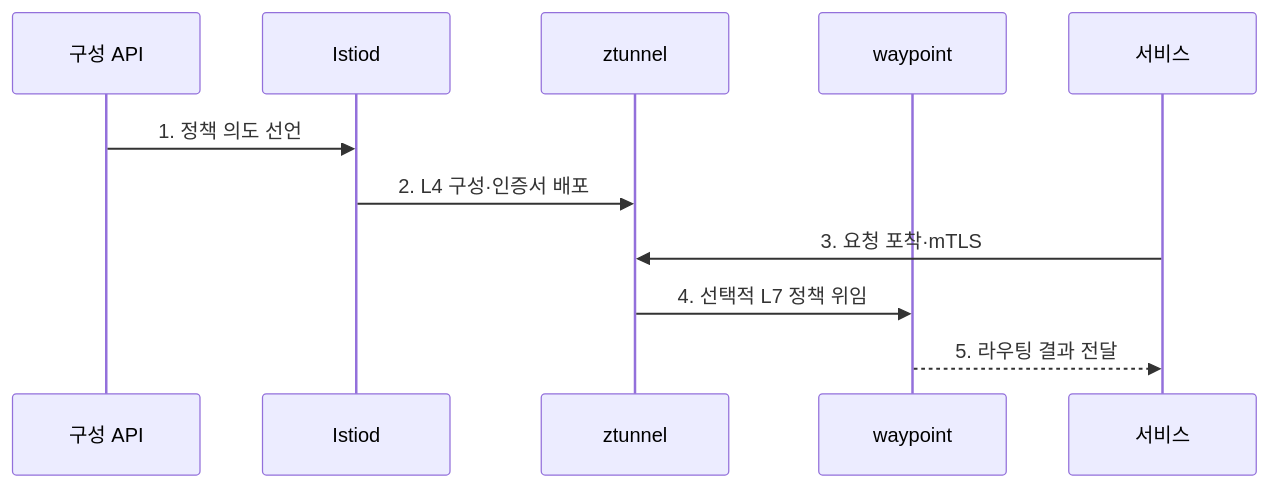
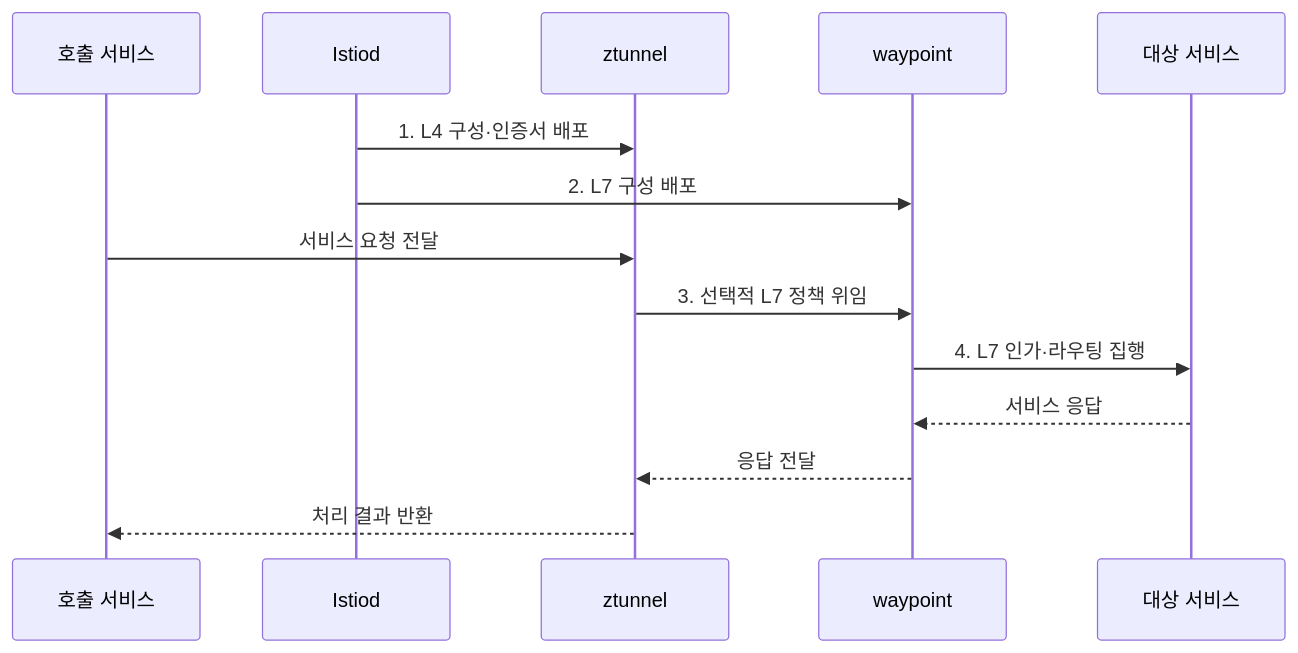
The second of 2 diagrams in src/content/docs/notes/08-latest-tech/163_istio.md (agnusdei1207/knowledge-base), drawn with Mermaid before and after one commit. The commit also changed other lines of this file and 225 other files, not shown here.

````diff
--- a/src/content/docs/notes/08-latest-tech/163_istio.md
+++ b/src/content/docs/notes/08-latest-tech/163_istio.md
@@ -76,13 +76,16 @@
 ```mermaid
 sequenceDiagram
-  participant A as 구성 API
+  participant C as 호출 서비스
   participant I as Istiod
   participant Z as ztunnel
   participant W as waypoint
-  participant S as 서비스
-  A->>I: 1. 정책 의도 선언
-  I->>Z: 2. L4 구성·인증서 배포
-  S->>Z: 3. 요청 포착·mTLS
-  Z->>W: 4. 선택적 L7 정책 위임
-  W-->>S: 5. 라우팅 결과 전달
+  participant T as 대상 서비스
+  I->>Z: 1. L4 구성·인증서 배포
+  I->>W: 2. L7 구성 배포
+  C->>Z: 서비스 요청 전달
+  Z->>W: 3. 선택적 L7 정책 위임
+  W->>T: 4. L7 인가·라우팅 집행
+  T-->>W: 서비스 응답
+  W-->>Z: 응답 전달
+  Z-->>C: 처리 결과 반환
 ```
````
